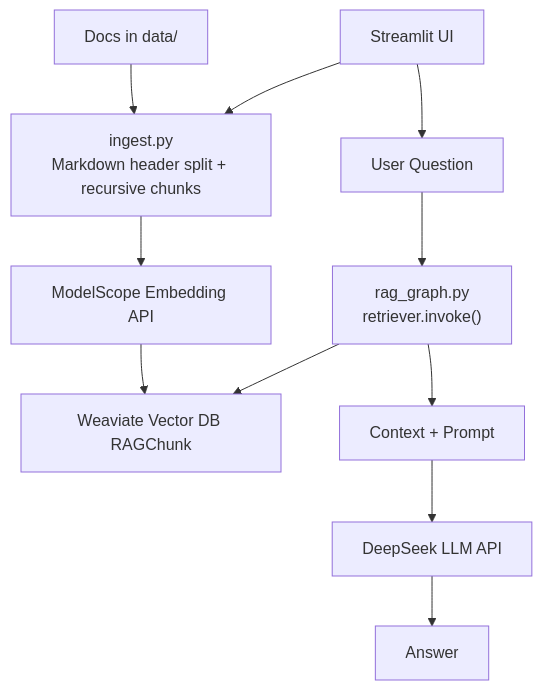
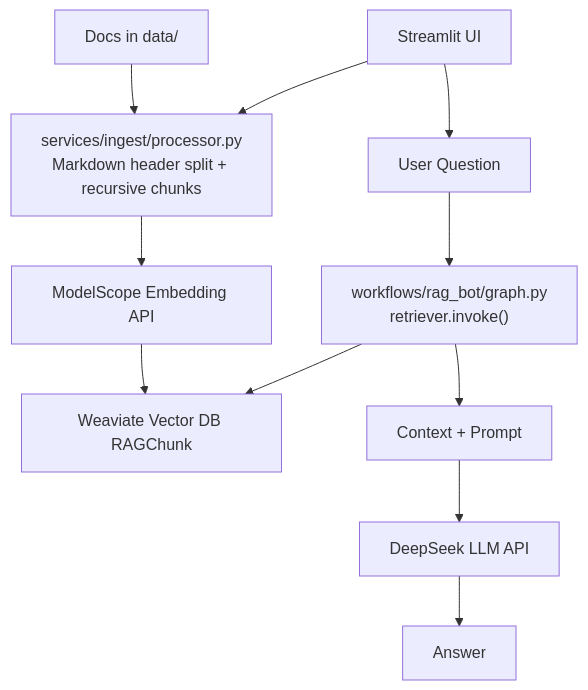
Before and after one commit to akarinfo/chatBot_RAG: the diagram in README.md, drawn with Mermaid. The commit also changed other lines of this file and 28 other files, not shown here.

Commit message:
refactor: reorganize into core/services/workflows/interfaces

````diff
--- a/README.md
+++ b/README.md
@@ -9,15 +9,15 @@
 ```mermaid
 flowchart TD
-    A[Docs in data/] --> B["ingest.py<br>Markdown header split + recursive chunks"]
+    A[Docs in data/] --> B["services/ingest/processor.py<br>Markdown header split + recursive chunks"]
     B --> C[ModelScope Embedding API]
     C --> D[Weaviate Vector DB RAGChunk]
 
-    E[User Question] --> F["rag_graph.py<br>retriever.invoke()"]
+    E[User Question] --> F["workflows/rag_bot/graph.py<br>retriever.invoke()"]
     F --> D
     F --> G[Context + Prompt]
     G --> H[DeepSeek LLM API]
     H --> I[Answer]
 
     J[Streamlit UI] --> E
     J --> B
 ```
````
